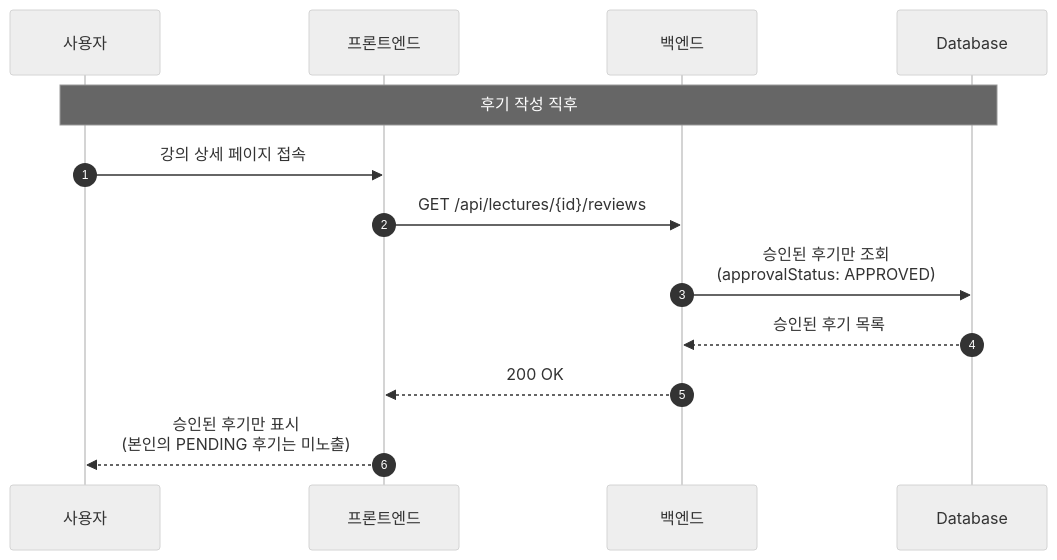
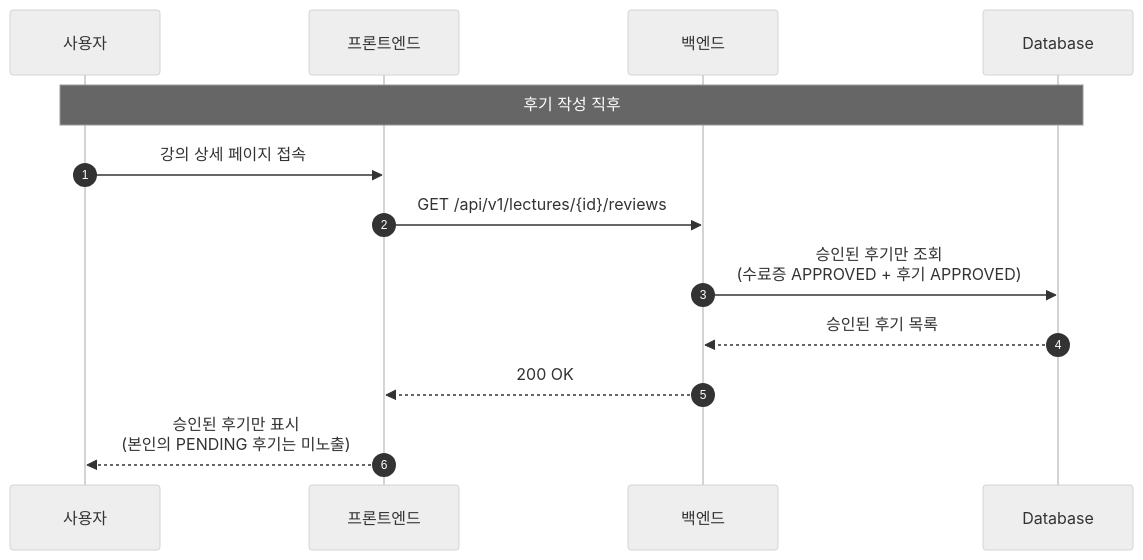
The eighth of 8 diagrams in sequence/review/admin_review_approval_diagram.md (sw-campus/sw-campus-docs), drawn with Mermaid (neutral theme) before and after one commit. The commit also changed other lines of this file and 3 other files, not shown here.

Commit message:
docs: review sequence

````diff
--- a/sequence/review/admin_review_approval_diagram.md
+++ b/sequence/review/admin_review_approval_diagram.md
@@ -158,17 +278,17 @@
 ```mermaid
 sequenceDiagram
     autonumber
     participant User as 사용자
     participant Frontend as 프론트엔드
     participant Backend as 백엔드
     participant DB as Database
 
     Note over User, DB: 후기 작성 직후
 
     User->>Frontend: 강의 상세 페이지 접속
-    Frontend->>Backend: GET /api/lectures/{id}/reviews
-    Backend->>DB: 승인된 후기만 조회<br/>(approvalStatus: APPROVED)
+    Frontend->>Backend: GET /api/v1/lectures/{id}/reviews
+    Backend->>DB: 승인된 후기만 조회<br/>(수료증 APPROVED + 후기 APPROVED)
     DB-->>Backend: 승인된 후기 목록
     Backend-->>Frontend: 200 OK
     Frontend-->>User: 승인된 후기만 표시<br/>(본인의 PENDING 후기는 미노출)
 ```
````
